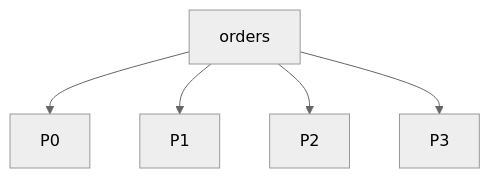
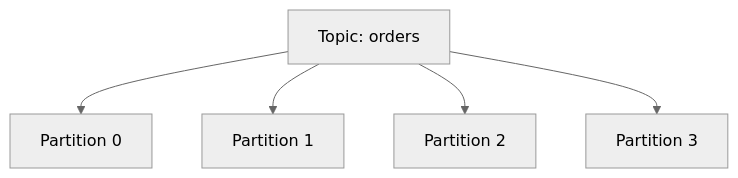
The second of 31 diagrams in files/08-edge-cases/Tier-4-Kafka-Deep-Dive.md (pankajThakur1874/studysheet), drawn with Mermaid (neutral theme) before and after one commit. The commit also changed other lines of this file and 5 other files, not shown here.

````diff
--- a/files/08-edge-cases/Tier-4-Kafka-Deep-Dive.md
+++ b/files/08-edge-cases/Tier-4-Kafka-Deep-Dive.md
@@ -45,7 +72,7 @@
 ```mermaid
 flowchart TD
-    Orders["orders"] --> P0
-    Orders --> P1
-    Orders --> P2
-    Orders --> P3
+    Orders["Topic: orders"] --> P0["Partition 0"]
+    Orders --> P1["Partition 1"]
+    Orders --> P2["Partition 2"]
+    Orders --> P3["Partition 3"]
 ```
````
